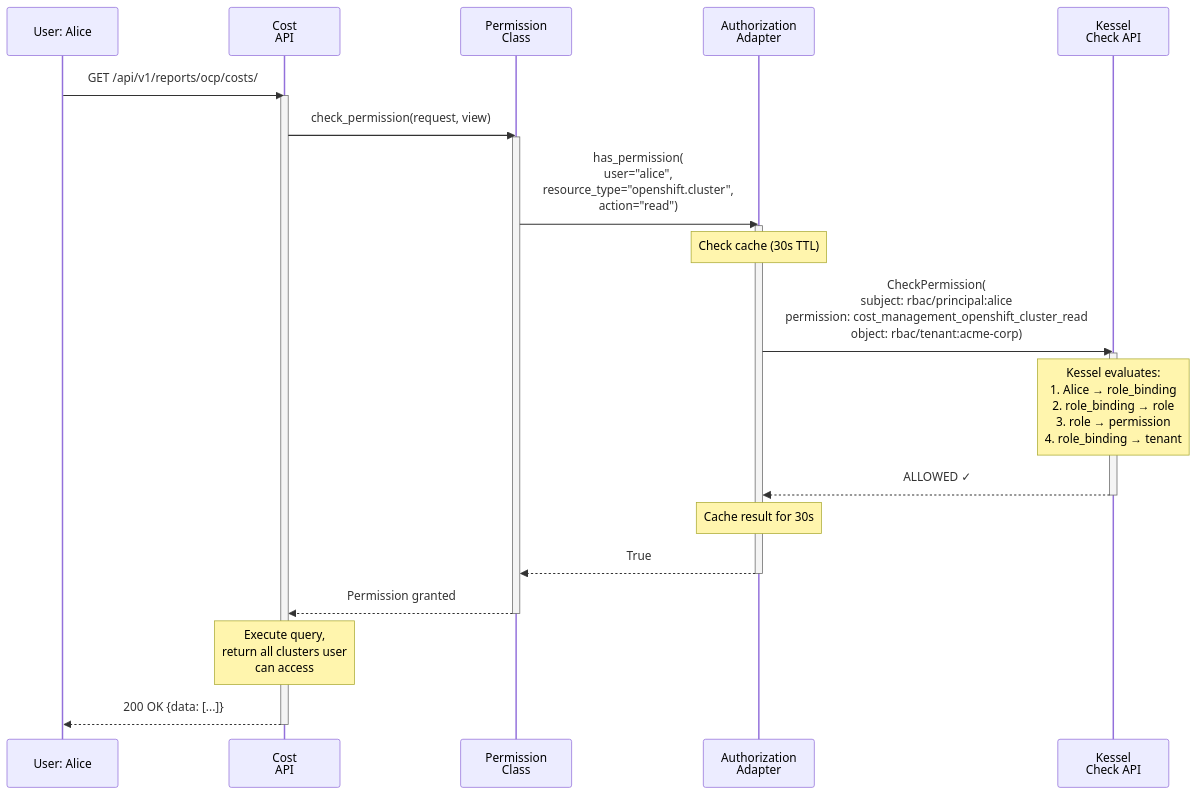
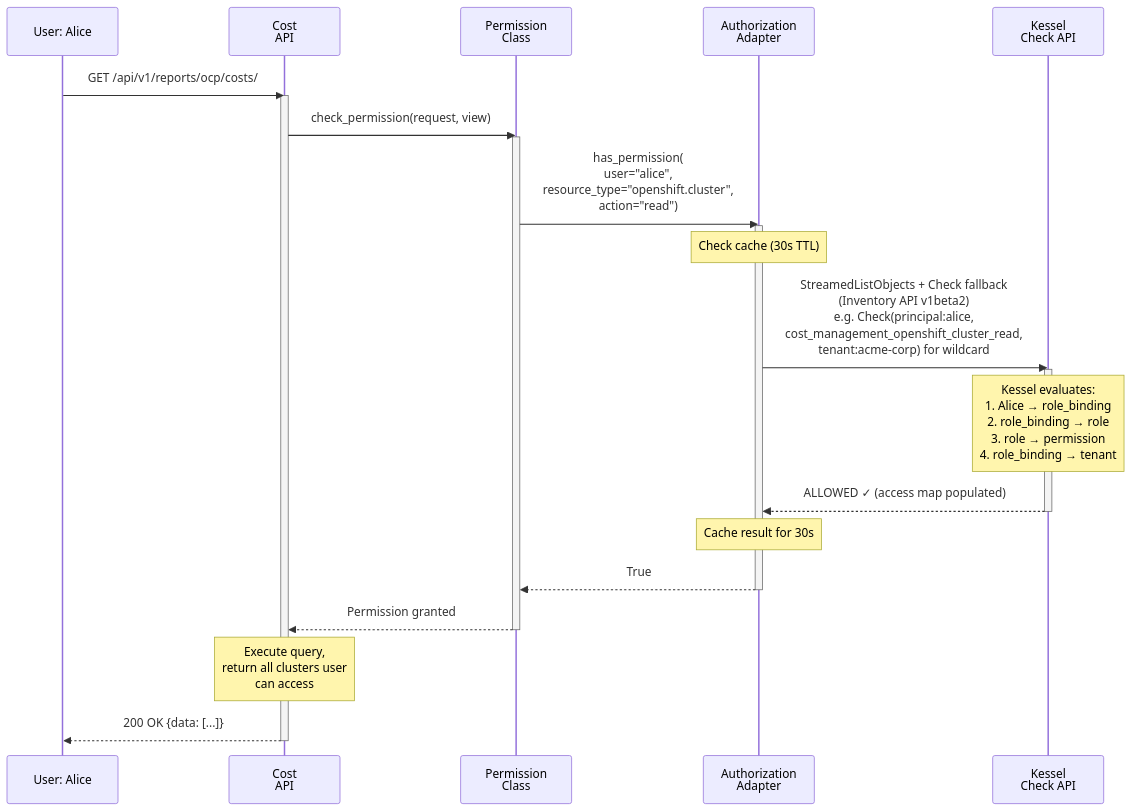
The fourth of 12 diagrams in docs/architecture/kessel-integration/kessel-ocp-integration.md (project-koku/koku), drawn with Mermaid before and after one commit. The commit also changed other lines of this file and 1 other file, not shown here.

First line of the commit message:
docs: align HLD with implementation (StreamedListObjects, dual-phase lifecycle)

````diff
--- a/docs/architecture/kessel-integration/kessel-ocp-integration.md
+++ b/docs/architecture/kessel-integration/kessel-ocp-integration.md
@@ -343,40 +339,40 @@
 ```mermaid
 sequenceDiagram
     participant User as User: Alice
     participant API as Cost<br/>API
     participant PermClass as Permission<br/>Class
     participant AuthAdapter as Authorization<br/>Adapter
     participant Kessel as Kessel<br/>Check API
     
     User->>API: GET /api/v1/reports/ocp/costs/
     activate API
     
     API->>PermClass: check_permission(request, view)
     activate PermClass
     
     PermClass->>AuthAdapter: has_permission(<br/>user="alice",<br/>resource_type="openshift.cluster",<br/>action="read")
     activate AuthAdapter
     
     Note over AuthAdapter: Check cache (30s TTL)
     
-    AuthAdapter->>Kessel: CheckPermission(<br/>subject: rbac/principal:alice<br/>permission: cost_management_openshift_cluster_read<br/>object: rbac/tenant:acme-corp)
+    AuthAdapter->>Kessel: StreamedListObjects + Check fallback<br/>(Inventory API v1beta2)<br/>e.g. Check(principal:alice,<br/>cost_management_openshift_cluster_read,<br/>tenant:acme-corp) for wildcard
     activate Kessel
-    
+
     Note over Kessel: Kessel evaluates:<br/>1. Alice → role_binding<br/>2. role_binding → role<br/>3. role → permission<br/>4. role_binding → tenant
-    
-    Kessel-->>AuthAdapter: ALLOWED ✓
+
+    Kessel-->>AuthAdapter: ALLOWED ✓ (access map populated)
     deactivate Kessel
     
     Note over AuthAdapter: Cache result for 30s
     
     AuthAdapter-->>PermClass: True
     deactivate AuthAdapter
     
     PermClass-->>API: Permission granted
     deactivate PermClass
     
     Note over API: Execute query,<br/>return all clusters user<br/>can access
     
     API-->>User: 200 OK {data: [...]}
     deactivate API
 ```
````
